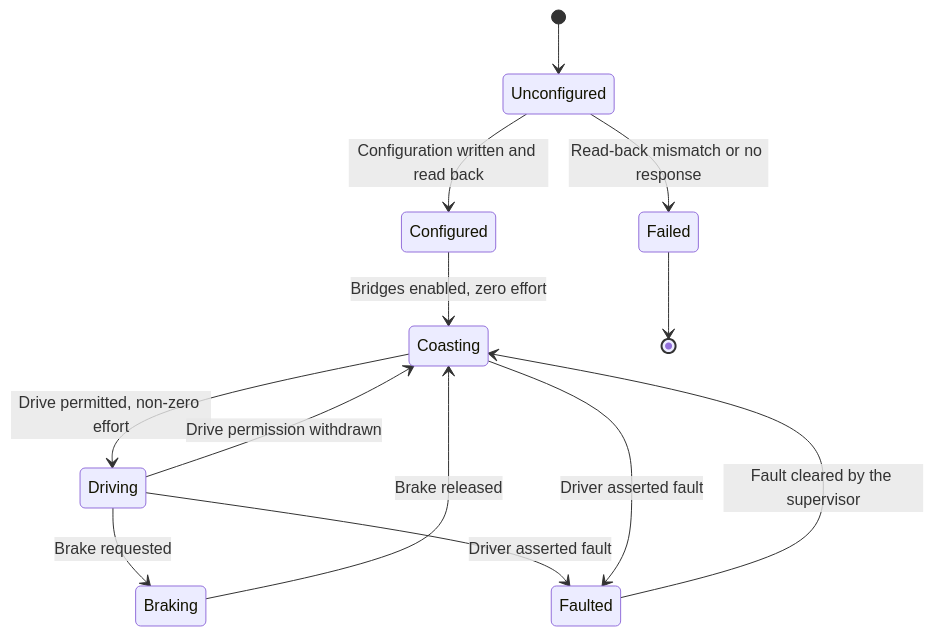
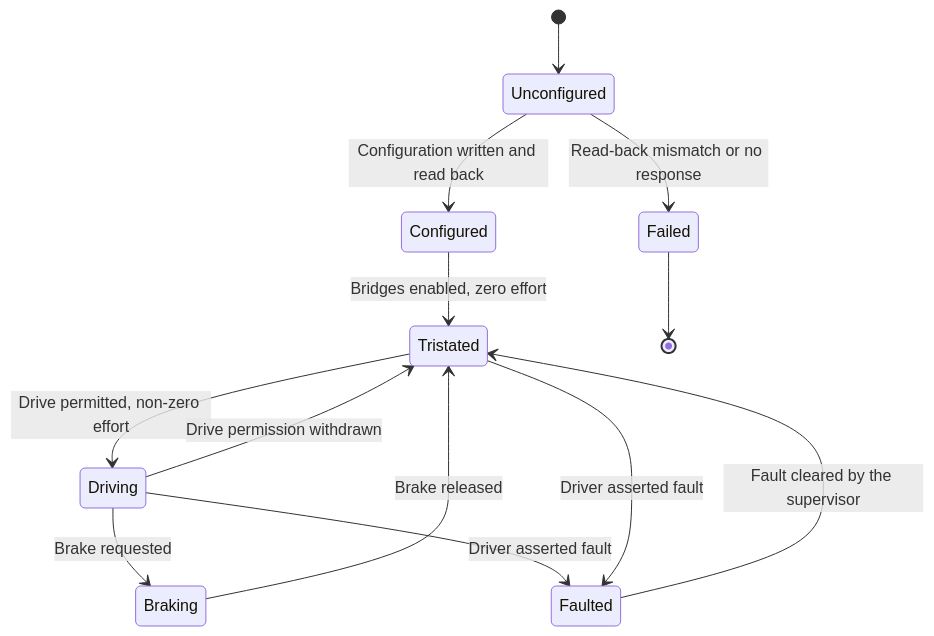
One commit to embedded-pro/e-Inverted-pendulum-bot changed the first of 4 diagrams in documentation/design/motion-actuation.md. Above: the diagram before and after it, drawn with Mermaid. The commit also changed other lines of this file and 12 other files, not shown here.

````diff
--- a/documentation/design/motion-actuation.md
+++ b/documentation/design/motion-actuation.md
@@ -168,15 +168,15 @@
 ```mermaid
 stateDiagram-v2
     [*] --> Unconfigured
     Unconfigured --> Configured : Configuration written and read back
     Unconfigured --> Failed : Read-back mismatch or no response
-    Configured --> Coasting : Bridges enabled, zero effort
-    Coasting --> Driving : Drive permitted, non-zero effort
-    Driving --> Coasting : Drive permission withdrawn
+    Configured --> Tristated : Bridges enabled, zero effort
+    Tristated --> Driving : Drive permitted, non-zero effort
+    Driving --> Tristated : Drive permission withdrawn
     Driving --> Braking : Brake requested
-    Braking --> Coasting : Brake released
+    Braking --> Tristated : Brake released
     Driving --> Faulted : Driver asserted fault
-    Coasting --> Faulted : Driver asserted fault
-    Faulted --> Coasting : Fault cleared by the supervisor
+    Tristated --> Faulted : Driver asserted fault
+    Faulted --> Tristated : Fault cleared by the supervisor
     Failed --> [*]
 ```
````
